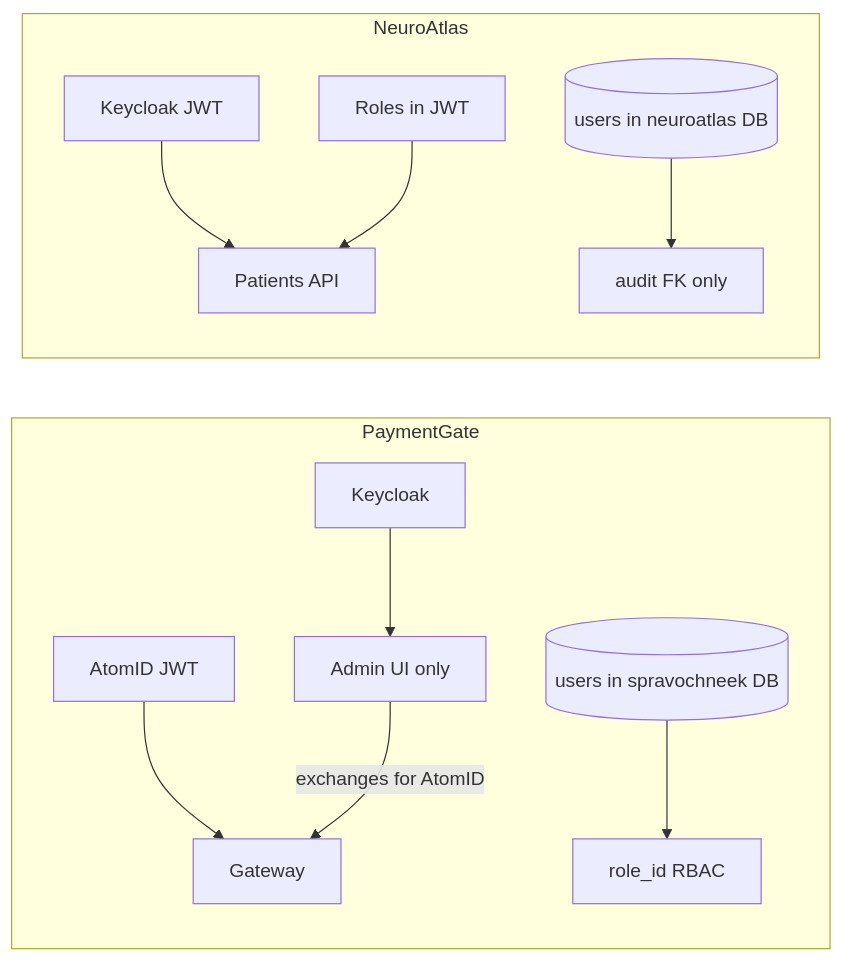
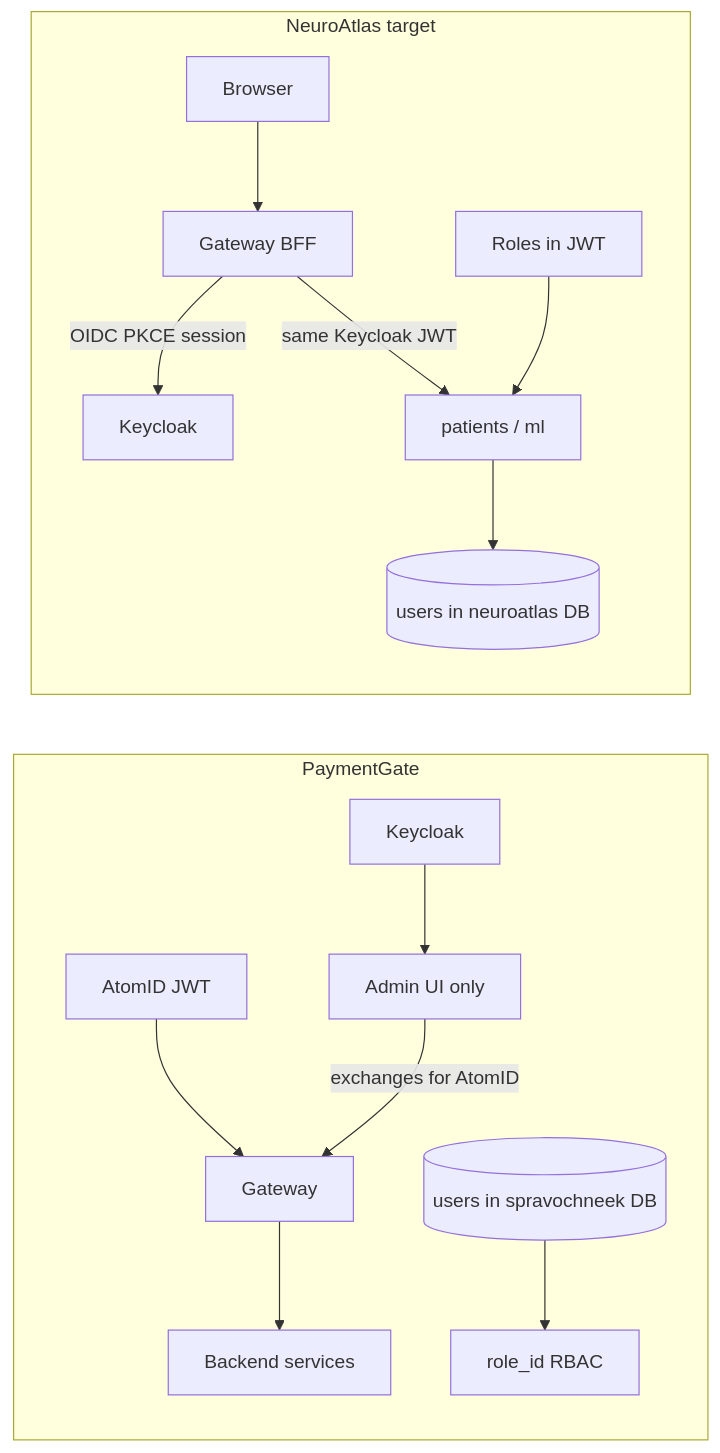
Before and after one commit to neurojihad/neuroatlas-ai: the diagram in docs/diagrams/auth-paymentgate-comparison.md, drawn with Mermaid. The commit also changed other lines of this file and 9 other files, not shown here.

Commit message:
NLS-007: fix diagrams

````diff
--- a/docs/diagrams/auth-paymentgate-comparison.md
+++ b/docs/diagrams/auth-paymentgate-comparison.md
@@ -6,15 +6,18 @@
 ```mermaid
 flowchart LR
     subgraph pg [PaymentGate]
-        ATOM[AtomID JWT] --> GW[Gateway]
+        ATOM[AtomID JWT] --> GW_PG[Gateway]
         KC_PG[Keycloak] --> ADMIN[Admin UI only]
-        ADMIN -->|exchanges for AtomID| GW
+        ADMIN -->|exchanges for AtomID| GW_PG
+        GW_PG --> SVC_PG[Backend services]
         USR_PG[(users in spravochneek DB)] --> RBAC[role_id RBAC]
     end
 
-    subgraph na [NeuroAtlas]
-        KC_NA[Keycloak JWT] --> PAT[Patients API]
-        USR_NA[(users in neuroatlas DB)] --> AUDIT[audit FK only]
+    subgraph na [NeuroAtlas target]
+        Browser --> GW_NA[Gateway BFF]
+        GW_NA -->|OIDC PKCE session| KC_NA[Keycloak]
+        GW_NA -->|same Keycloak JWT| PAT[patients / ml]
+        PAT --> USR_NA[(users in neuroatlas DB)]
         ROLES[Roles in JWT] --> PAT
     end
 ```
````
